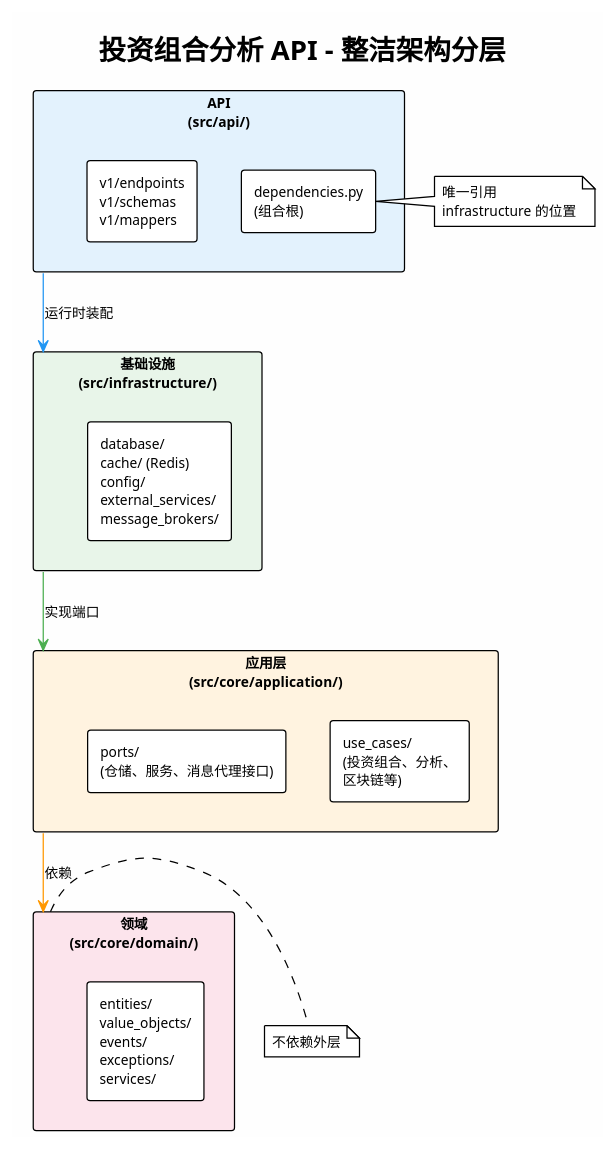
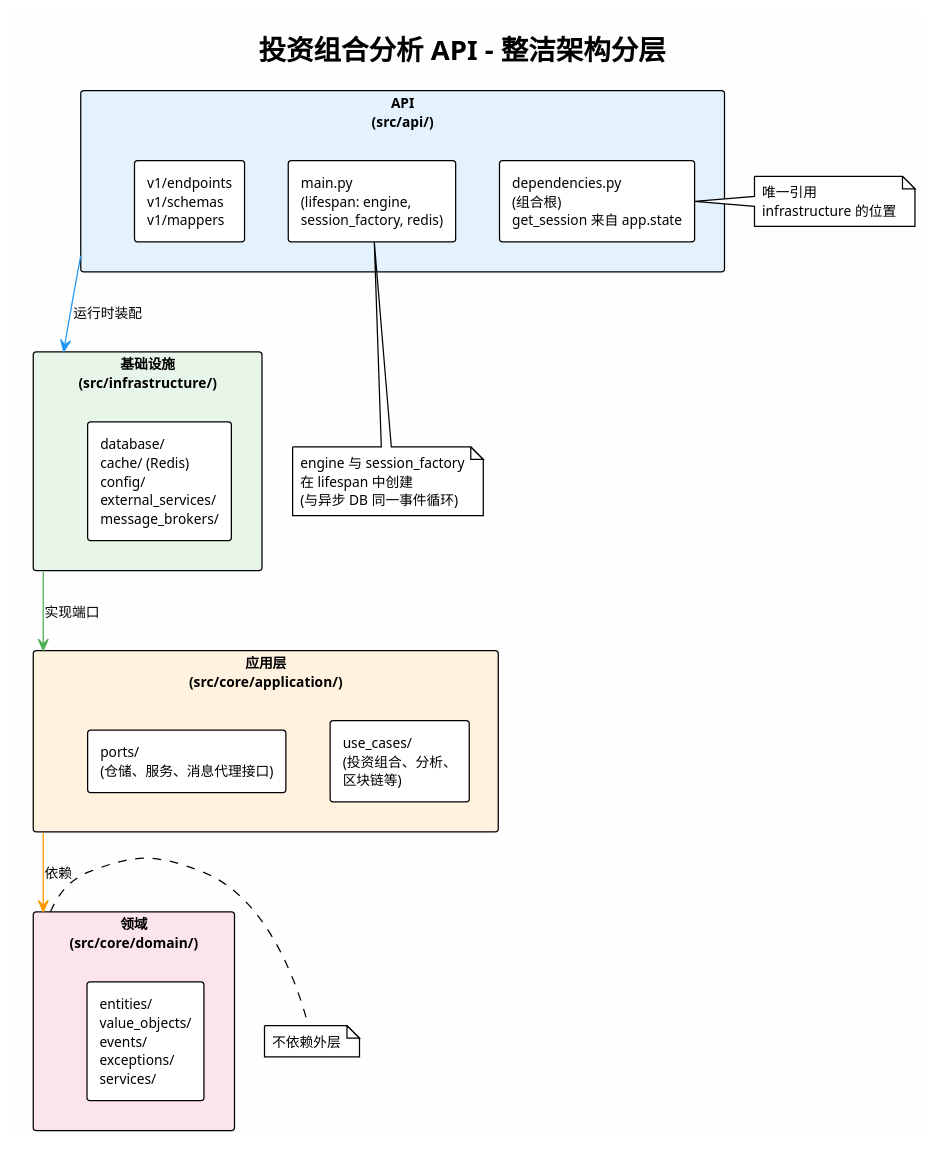
The diagram in docs/zh/c4/clean-architecture-portfolio-api.puml (felixzhu97/finpulse), drawn with PlantUML before and after one commit. The commit also changed 73 other files, not shown here.

```diff
--- a/docs/zh/c4/clean-architecture-portfolio-api.puml
+++ b/docs/zh/c4/clean-architecture-portfolio-api.puml
@@ -1,39 +1,46 @@
 @startuml clean-architecture-portfolio-api-zh
 !theme plain
 skinparam backgroundColor #FEFEFE
 skinparam defaultFontSize 11
 
 title 投资组合分析 API - 整洁架构分层
 
 rectangle "**API**\n(src/api/)" as API #E3F2FD {
-  rectangle "dependencies.py\n(组合根)" as DI
+  rectangle "main.py\n(lifespan: engine,\nsession_factory, redis)" as LIFESPAN
+  rectangle "dependencies.py\n(组合根)\nget_session 来自 app.state" as DI
   rectangle "v1/endpoints\nv1/schemas\nv1/mappers" as WEB
 }
 
 rectangle "**基础设施**\n(src/infrastructure/)" as INFRA #E8F5E9 {
   rectangle "database/\ncache/ (Redis)\nconfig/\nexternal_services/\nmessage_brokers/" as INFRA_IMPL
 }
 
 rectangle "**应用层**\n(src/core/application/)" as APP #FFF3E0 {
   rectangle "use_cases/\n(投资组合、分析、\n区块链等)" as UC
   rectangle "ports/\n(仓储、服务、消息代理接口)" as PORTS
 }
 
 rectangle "**领域**\n(src/core/domain/)" as DOMAIN #FCE4EC {
   rectangle "entities/\nvalue_objects/\nevents/\nexceptions/\nservices/" as DOMAIN_IMPL
 }
 
 API -[#2196F3]-> INFRA : 运行时装配
 INFRA -[#4CAF50]-> APP : 实现端口
 APP -[#FF9800]-> DOMAIN : 依赖
 
 note right of DOMAIN
   不依赖外层
 end note
 
 note right of DI
   唯一引用
   infrastructure 的位置
 end note
 
+note bottom of LIFESPAN
+  engine 与 session_factory
+  在 lifespan 中创建
+  (与异步 DB 同一事件循环)
+end note
+
 @enduml
```
